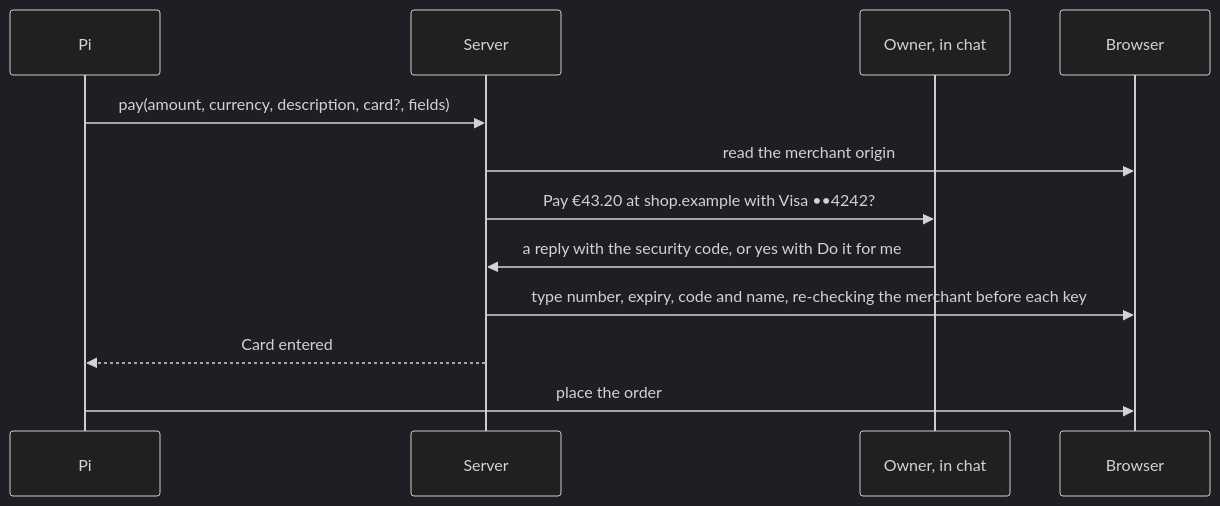
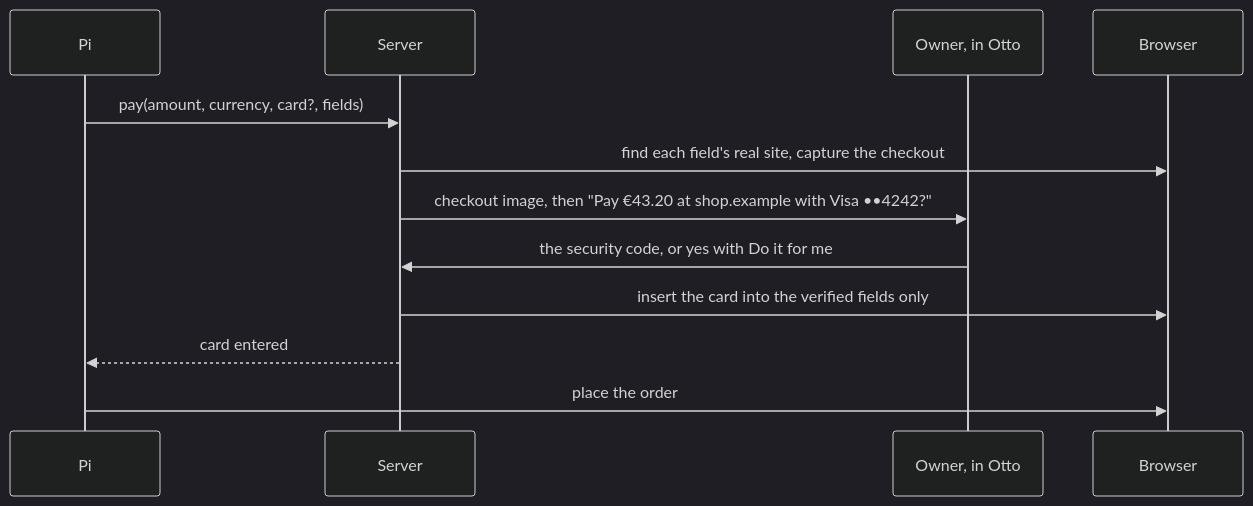
Before and after one commit to n8n-io/nod: the diagram in docs/vault/payments.md, drawn with Mermaid (dark theme). The commit also changed other lines of this file and 40 other files, not shown here.

First line of the commit message:
Approve payments only in Otto and enter the card only into verified fields

````diff
--- a/docs/vault/payments.md
+++ b/docs/vault/payments.md
@@ -37,14 +37,14 @@
 ```mermaid
 sequenceDiagram
   participant Pi
   participant S as Server
-  participant O as Owner, in chat
+  participant O as Owner, in Otto
   participant B as Browser
-  Pi->>S: pay(amount, currency, description, card?, fields)
-  S->>B: read the merchant origin
-  S->>O: Pay €43.20 at shop.example with Visa ••4242?
-  O->>S: a reply with the security code, or yes with Do it for me
-  S->>B: type number, expiry, code and name, re-checking the merchant before each key
-  S-->>Pi: Card entered
+  Pi->>S: pay(amount, currency, card?, fields)
+  S->>B: find each field's real site, capture the checkout
+  S->>O: checkout image, then "Pay €43.20 at shop.example with Visa ••4242?"
+  O->>S: the security code, or yes with Do it for me
+  S->>B: insert the card into the verified fields only
+  S-->>Pi: card entered
   Pi->>B: place the order
 ```
````
